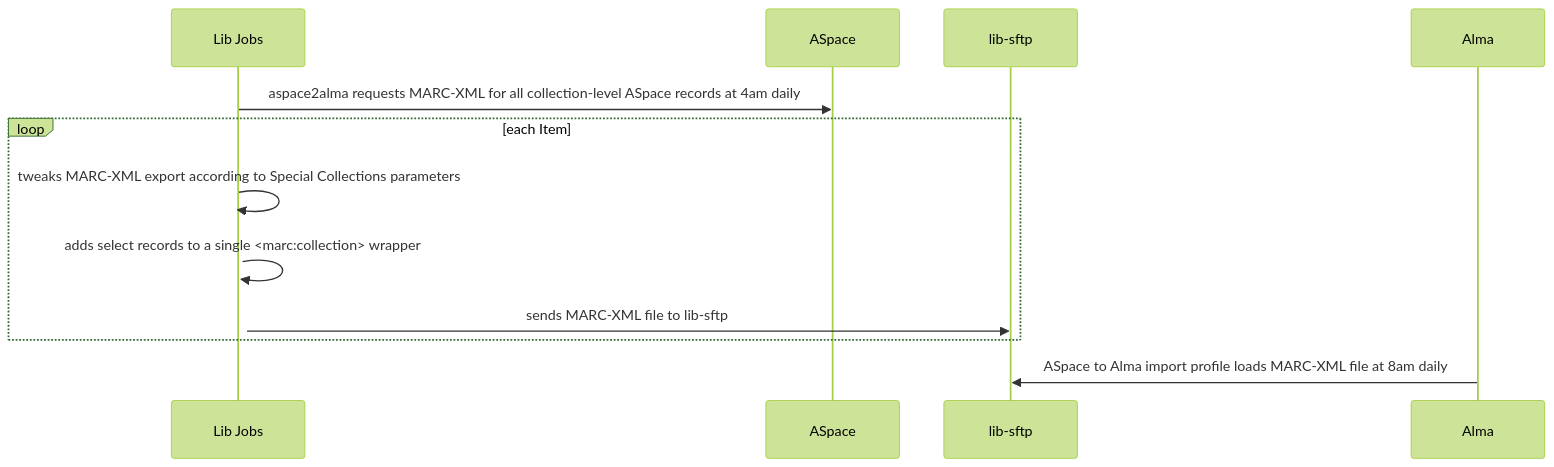
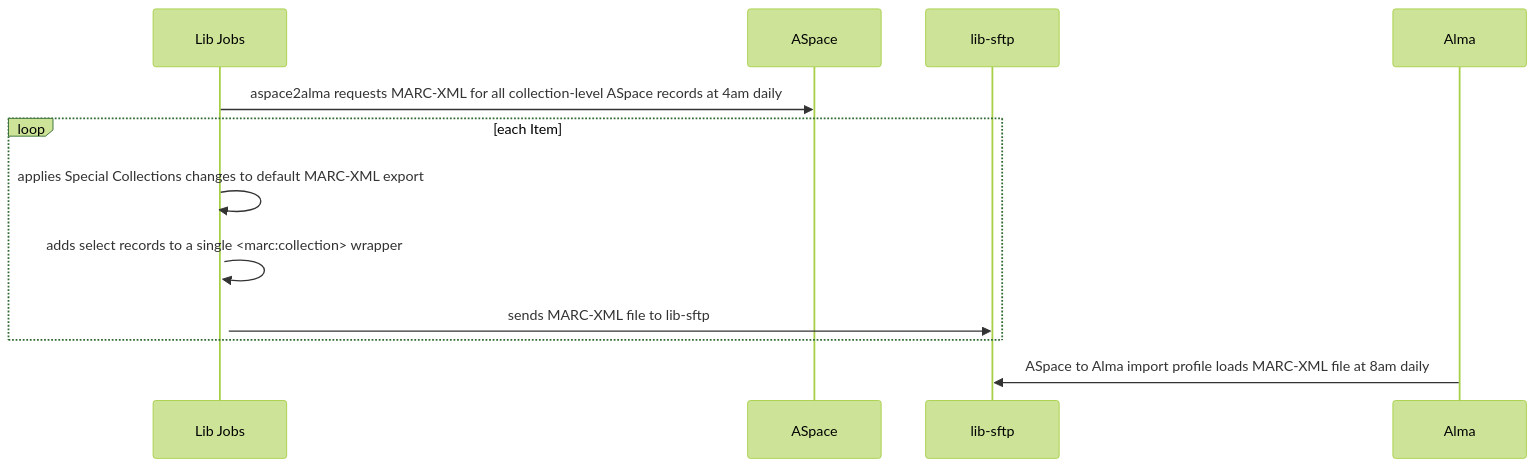
One commit to pulibrary/lib_jobs changed the diagram in docs/aspace2alma/readme.md. Above: the diagram before and after it, drawn with Mermaid (forest theme).

Commit message:
clarify language

````diff
--- a/docs/aspace2alma/readme.md
+++ b/docs/aspace2alma/readme.md
@@ -3,10 +3,10 @@
 ```mermaid
 sequenceDiagram
 Lib Jobs->>ASpace: aspace2alma requests MARC-XML for all collection-level ASpace records at 4am daily
 loop each Item
-  Lib Jobs->>+Lib Jobs: tweaks MARC-XML export according to Special Collections parameters
+  Lib Jobs->>+Lib Jobs: applies Special Collections changes to default MARC-XML export
   Lib Jobs->>+Lib Jobs: adds select records to a single <marc:collection> wrapper
   Lib Jobs->>lib-sftp: sends MARC-XML file to lib-sftp
 end
 Alma->>lib-sftp: ASpace to Alma import profile loads MARC-XML file at 8am daily
 ```
````
